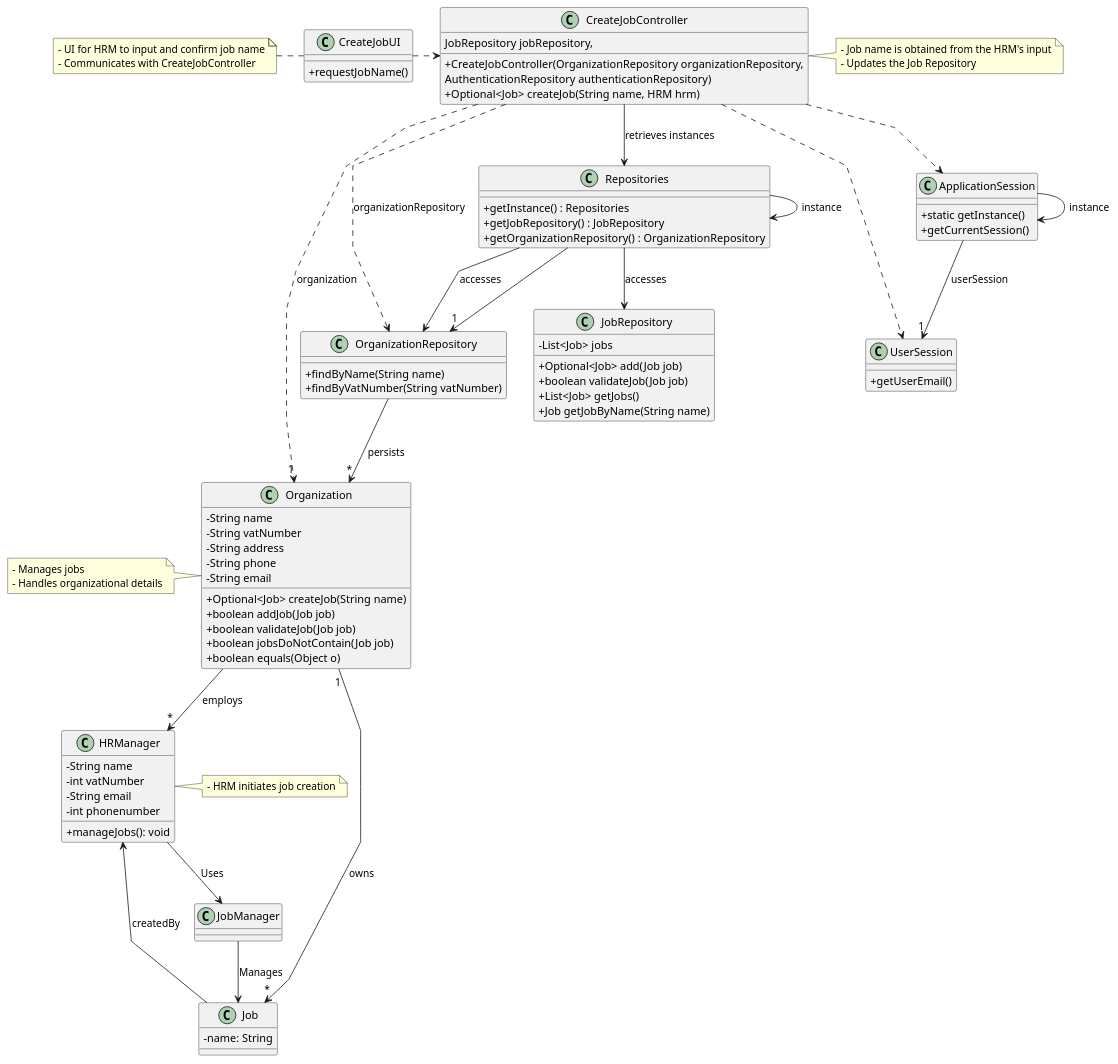
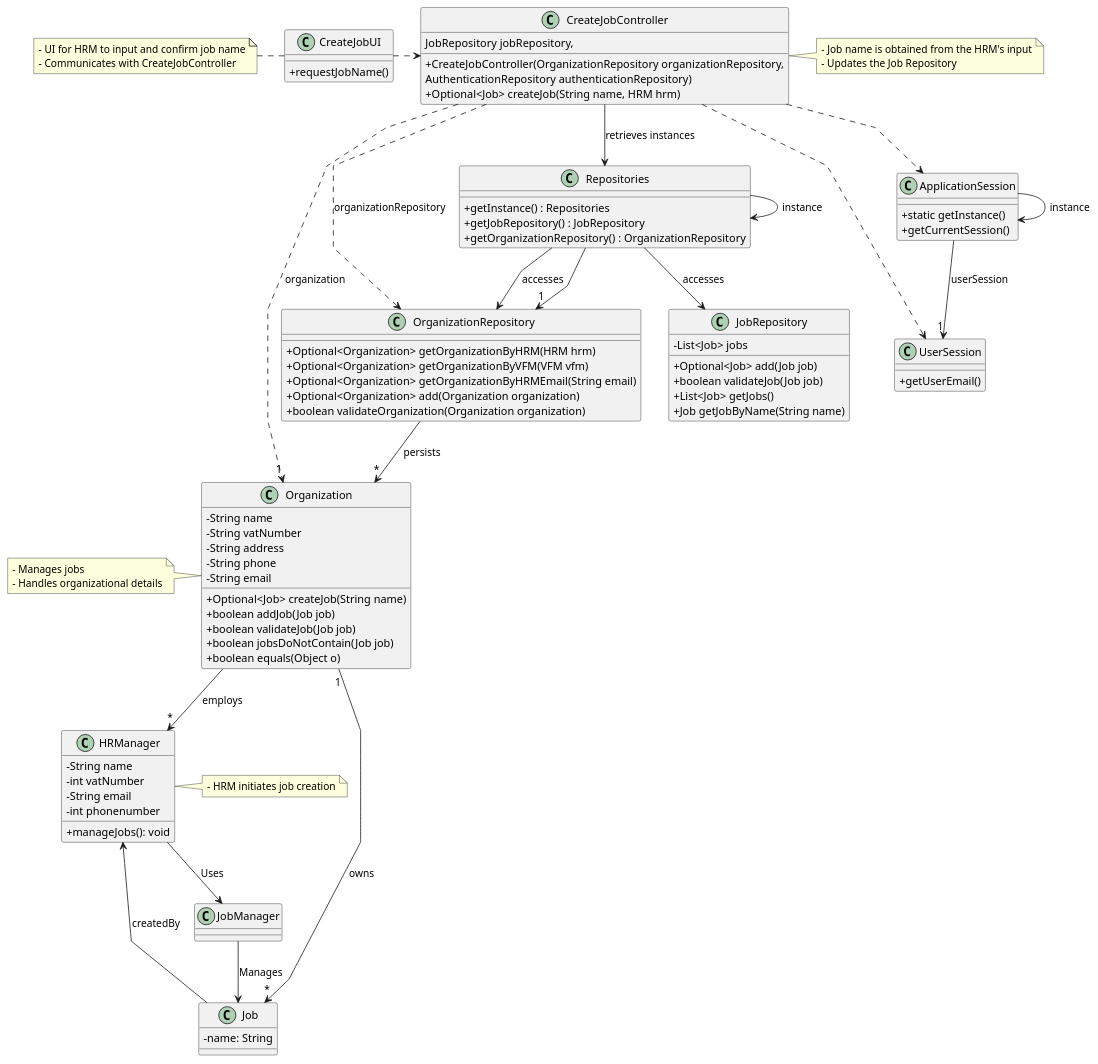
The diagram in docs/sprint2/us002/03.design/puml/us002-class-diagram.puml (tiagosoa/lei-24-s2-1dgh-g073), drawn with PlantUML before and after one commit. The commit also changed 38 other files, not shown here.

```diff
--- a/docs/sprint2/us002/03.design/puml/us002-class-diagram.puml
+++ b/docs/sprint2/us002/03.design/puml/us002-class-diagram.puml
@@ -1,125 +1,128 @@
 @startuml
 'skinparam monochrome true
 skinparam packageStyle rectangle
 skinparam shadowing false
 skinparam linetype polyline
 'skinparam linetype orto
 
 skinparam classAttributeIconSize 0
 
 'left to right direction
 
 class ApplicationSession
 {
     + static getInstance()
     + getCurrentSession()
 }
 
 class UserSession
 {
     + getUserEmail()
 }
 
 class Job {
     - name: String
 }
 
 class JobRepository {
   - List<Job> jobs
   + Optional<Job> add(Job job)
   + boolean validateJob(Job job)
   + List<Job> getJobs()
   + Job getJobByName(String name)
 }
 
 class Organization {
   - String name
   - String vatNumber
   - String address
   - String phone
   - String email
   + Optional<Job> createJob(String name)
   + boolean addJob(Job job)
   + boolean validateJob(Job job)
   + boolean jobsDoNotContain(Job job)
   + boolean equals(Object o)
 }
 
 class OrganizationRepository {
-  + findByName(String name)
-  + findByVatNumber(String vatNumber)
+  + Optional<Organization> getOrganizationByHRM(HRM hrm)
+  + Optional<Organization> getOrganizationByVFM(VFM vfm)
+  + Optional<Organization> getOrganizationByHRMEmail(String email)
+  + Optional<Organization> add(Organization organization)
+  + boolean validateOrganization(Organization organization)
 }
 
 class Repositories {
   + getInstance() : Repositories
   + getJobRepository() : JobRepository
   + getOrganizationRepository() : OrganizationRepository
 }
 
 class CreateJobController {
   + CreateJobController(OrganizationRepository organizationRepository,
                                    JobRepository jobRepository,
                                    AuthenticationRepository authenticationRepository)
   + Optional<Job> createJob(String name, HRM hrm)
 }
 
 class CreateJobUI {
   + requestJobName()
 }
 
 class HRManager {
    - String name
    - int vatNumber
    - String email
    - int phonenumber
     + manageJobs(): void
 }
 
 JobManager --> Job: Manages
 HRManager --> JobManager: Uses
 
 note right of CreateJobController
   - Job name is obtained from the HRM's input
   - Updates the Job Repository
 end note
 
 note right of HRManager
   - HRM initiates job creation
 end note
 
 note left of CreateJobUI
   - UI for HRM to input and confirm job name
   - Communicates with CreateJobController
 end note
 
 note left of Organization
   - Manages jobs
   - Handles organizational details
 end note
 
 Repositories -> Repositories : instance
 ApplicationSession -> ApplicationSession : instance
 
 CreateJobUI .> CreateJobController
 
 CreateJobController -down-> Repositories : retrieves instances
 
 Repositories -down-> JobRepository : accesses
 Repositories -down-> OrganizationRepository : accesses
 
 CreateJobController ..> OrganizationRepository : organizationRepository
 
 Repositories --> "1" OrganizationRepository
 
 OrganizationRepository --> "*" Organization : persists
 ApplicationSession --> "1" UserSession : userSession
 
 CreateJobController ..> "1" Organization : organization
 CreateJobController ..> ApplicationSession
 CreateJobController ..> UserSession
 Organization "1" --> "*" Job : owns
 Job --> HRManager : createdBy
 
 Organization --> "*" HRManager : employs
 
 @enduml
```
